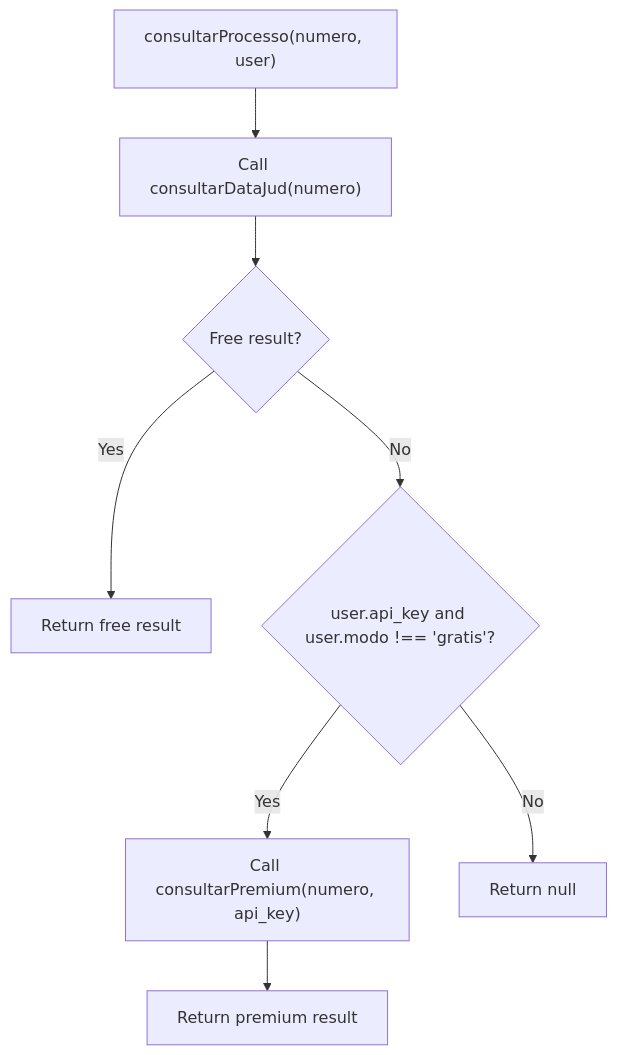
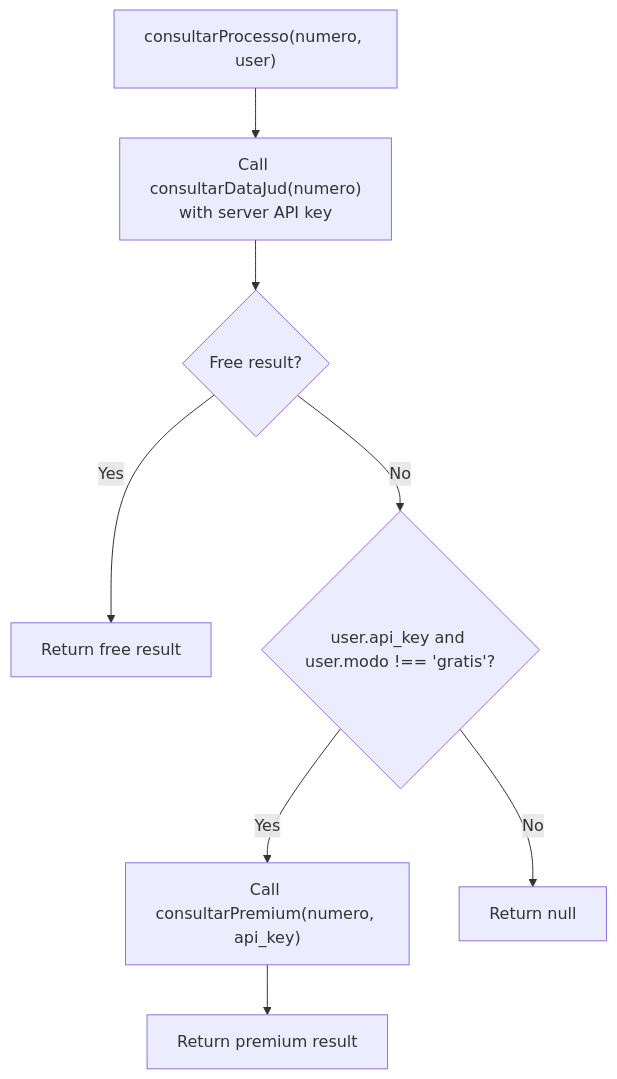
One commit to Alexandrexicara/bot-processos changed the fourth of 5 diagrams in .qoder/repowiki/en/content/API Integration Layer/DataJud Free Service Integration.md. Above: the diagram before and after it, drawn with Mermaid. The commit also changed other lines of this file and 10 other files, not shown here.

````diff
--- a/.qoder/repowiki/en/content/API Integration Layer/DataJud Free Service Integration.md
+++ b/.qoder/repowiki/en/content/API Integration Layer/DataJud Free Service Integration.md
@@ -184,10 +234,10 @@
 ```mermaid
 flowchart TD
-A["consultarProcesso(numero, user)"] --> TryFree["Call consultarDataJud(numero)"]
+A["consultarProcesso(numero, user)"] --> TryFree["Call consultarDataJud(numero)<br/>with server API key"]
 TryFree --> FreeOk{"Free result?"}
 FreeOk --> |Yes| ReturnFree["Return free result"]
 FreeOk --> |No| CheckMode{"user.api_key and user.modo !== 'gratis'?"}
 CheckMode --> |Yes| CallPremium["Call consultarPremium(numero, api_key)"]
 CallPremium --> ReturnPremium["Return premium result"]
 CheckMode --> |No| ReturnNull["Return null"]
 ```
````
